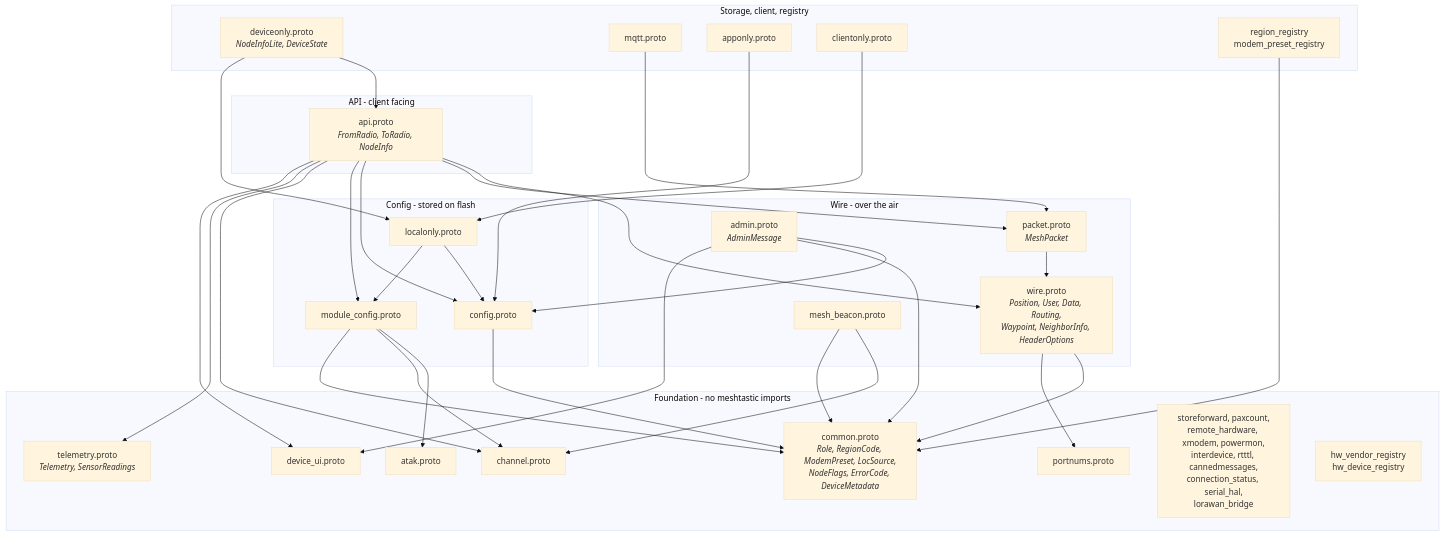
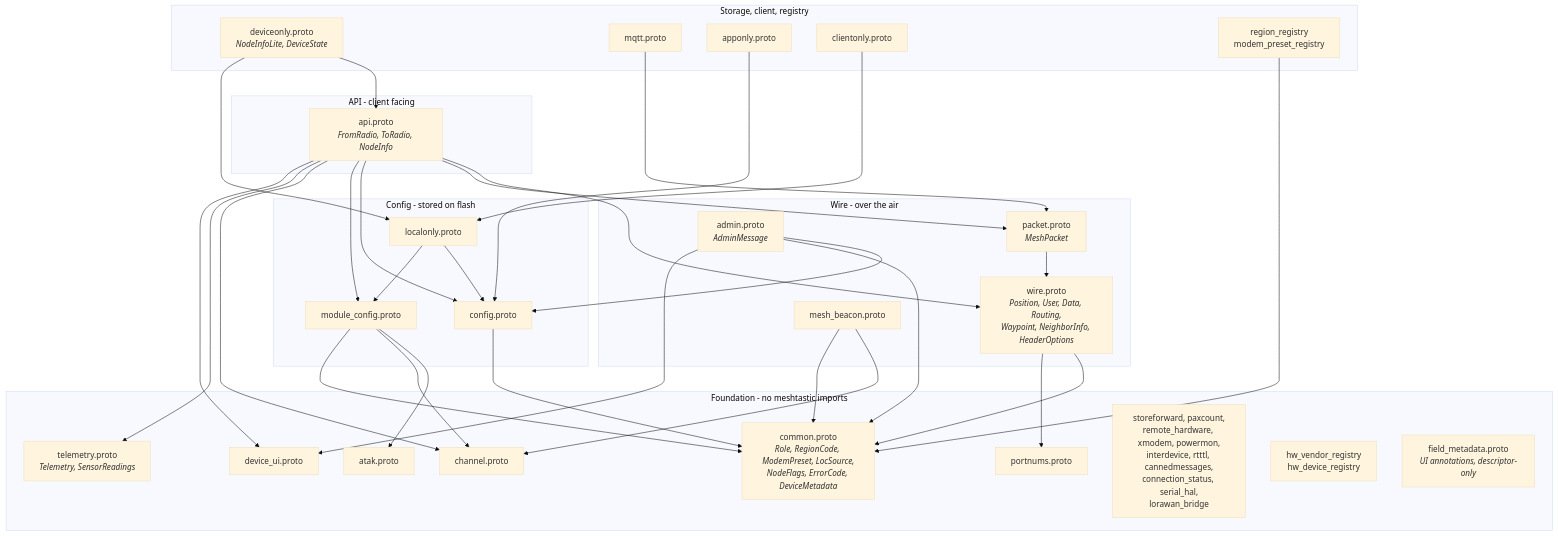
One commit to meshtastic/protobufs changed the diagram in SCHEMA.md. Above: the diagram before and after it, drawn with Mermaid (base theme). The commit also changed other lines of this file and 14 other files, not shown here.

````diff
--- a/SCHEMA.md
+++ b/SCHEMA.md
@@ -15,66 +15,67 @@
 ```mermaid
 graph TD
     subgraph Foundation["Foundation - no meshtastic imports"]
         common[common.proto<br/><i>Role, RegionCode, ModemPreset, LocSource,<br/>NodeFlags, ErrorCode, DeviceMetadata</i>]
         portnums[portnums.proto]
         channel[channel.proto]
         telemetry[telemetry.proto<br/><i>Telemetry, SensorReadings</i>]
         deviceui[device_ui.proto]
         atak[atak.proto]
         modules[storeforward, paxcount,<br/>remote_hardware, xmodem, powermon,<br/>interdevice, rtttl, cannedmessages,<br/>connection_status, serial_hal,<br/>lorawan_bridge]
         registries[hw_vendor_registry<br/>hw_device_registry]
+        fieldmeta[field_metadata.proto<br/><i>UI annotations, descriptor-only</i>]
     end
 
     subgraph Wire["Wire - over the air"]
         wire[wire.proto<br/><i>Position, User, Data, Routing,<br/>Waypoint, NeighborInfo, HeaderOptions</i>]
         packet[packet.proto<br/><i>MeshPacket</i>]
         beacon[mesh_beacon.proto]
         admin[admin.proto<br/><i>AdminMessage</i>]
     end
 
     subgraph Config["Config - stored on flash"]
         config[config.proto]
         moduleconfig[module_config.proto]
         localonly[localonly.proto]
     end
 
     subgraph Api["API - client facing"]
         api[api.proto<br/><i>FromRadio, ToRadio, NodeInfo</i>]
     end
 
     subgraph Other["Storage, client, registry"]
         deviceonly[deviceonly.proto<br/><i>NodeInfoLite, DeviceState</i>]
         mqtt[mqtt.proto]
         apponly[apponly.proto]
         clientonly[clientonly.proto]
         regreg[region_registry<br/>modem_preset_registry]
     end
 
     wire --> common
     wire --> portnums
     packet --> wire
     beacon --> channel
     beacon --> common
     config --> common
     moduleconfig --> atak
     moduleconfig --> channel
     moduleconfig --> common
     localonly --> config
     localonly --> moduleconfig
     regreg --> common
     api --> wire
     api --> packet
     api --> config
     api --> moduleconfig
     api --> channel
     api --> telemetry
     api --> deviceui
     admin --> config
     admin --> common
     admin --> deviceui
     deviceonly --> api
     deviceonly --> localonly
     mqtt --> packet
     apponly --> config
     clientonly --> localonly
 ```
````
